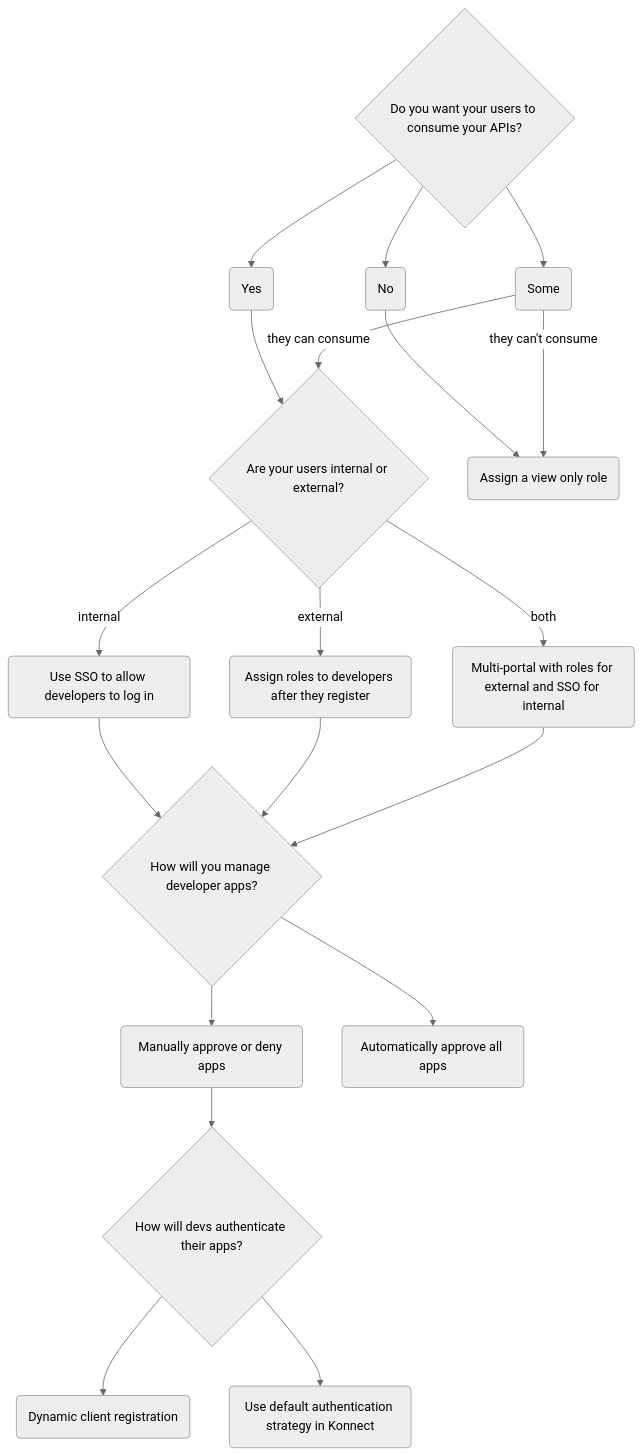
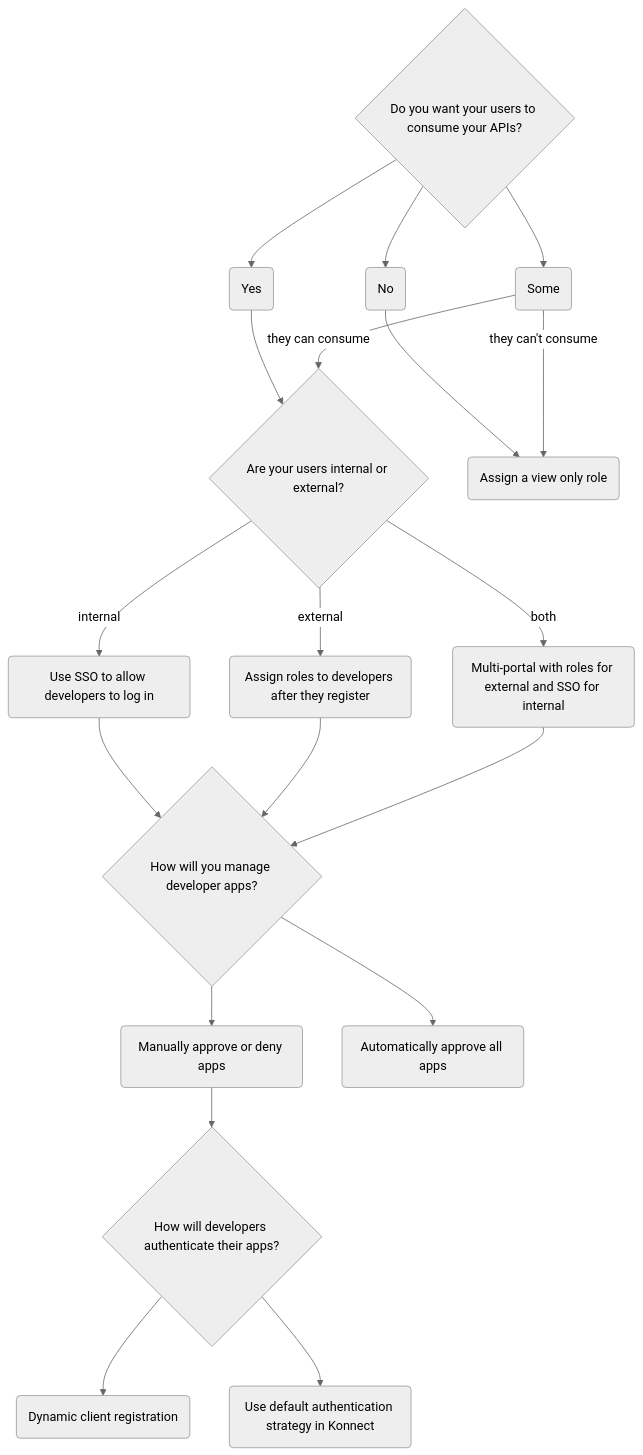
One commit to Kong/docs.konghq.com changed the diagram in app/konnect/dev-portal/configuration-prep.md. Above: the diagram before and after it, drawn with Mermaid (neutral theme). The commit also changed 4 other files, not shown here.

```diff
--- a/app/konnect/dev-portal/configuration-prep.md
+++ b/app/konnect/dev-portal/configuration-prep.md
@@ -25,30 +25,30 @@
 {% mermaid %}
 flowchart TD
     A{Do you want your users to consume your APIs?} --> B(Yes)
     B --> C{Are your users internal or external?}
     C --> |internal| D(Use SSO to allow developers to log in)
     C --> |external| J(Assign roles to developers after they register)
     C --> |both| K(Multi-portal with roles for external and SSO for internal)
     A --> E(No)
     A --> F(Some)
     E --> G(Assign a view only role)
     F --> |they can't consume| G
     F --> |they can consume| C
     D --> H{How will you manage developer apps?}
     J --> H
     K --> H
     H --> I(Manually approve or deny apps)
     H --> L(Automatically approve all apps)
-    I --> M{How will devs authenticate their apps?}
+    I --> M{How will developers authenticate their apps?}
     M --> N(Dynamic client registration)
     M --> O(Use default authentication strategy in Konnect)
 
     %% this section defines node interactions
     click D "/konnect/dev-portal/access-and-approval/azure/"
     click J "/konnect/dev-portal/access-and-approval/manage-teams/"
     click G "/konnect/dev-portal/access-and-approval/manage-teams/"
     click I "/konnect/dev-portal/access-and-approval/manage-app-reg-requests/"
     click L "/konnect/dev-portal/create-dev-portal/"
     click N "/konnect/dev-portal/applications/dynamic-client-registration/"
     click O "/konnect/dev-portal/applications/enable-app-reg/"
 {% endmermaid %}
```
